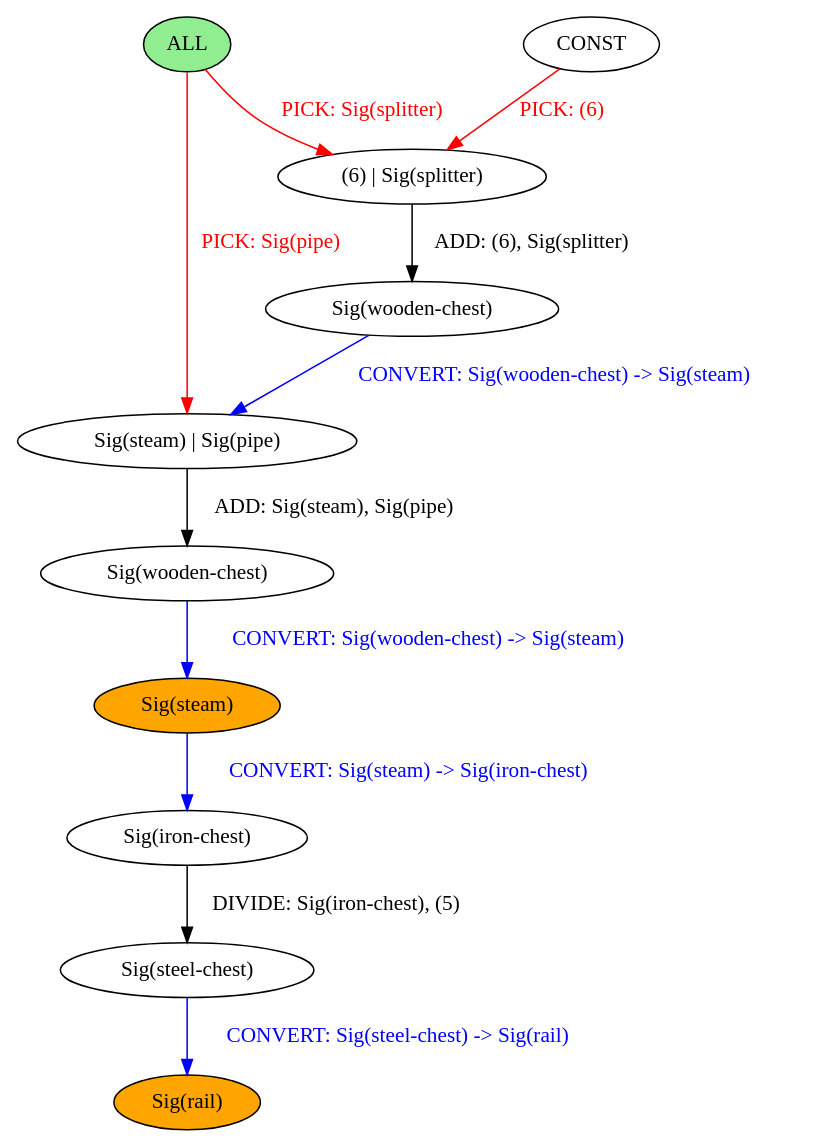
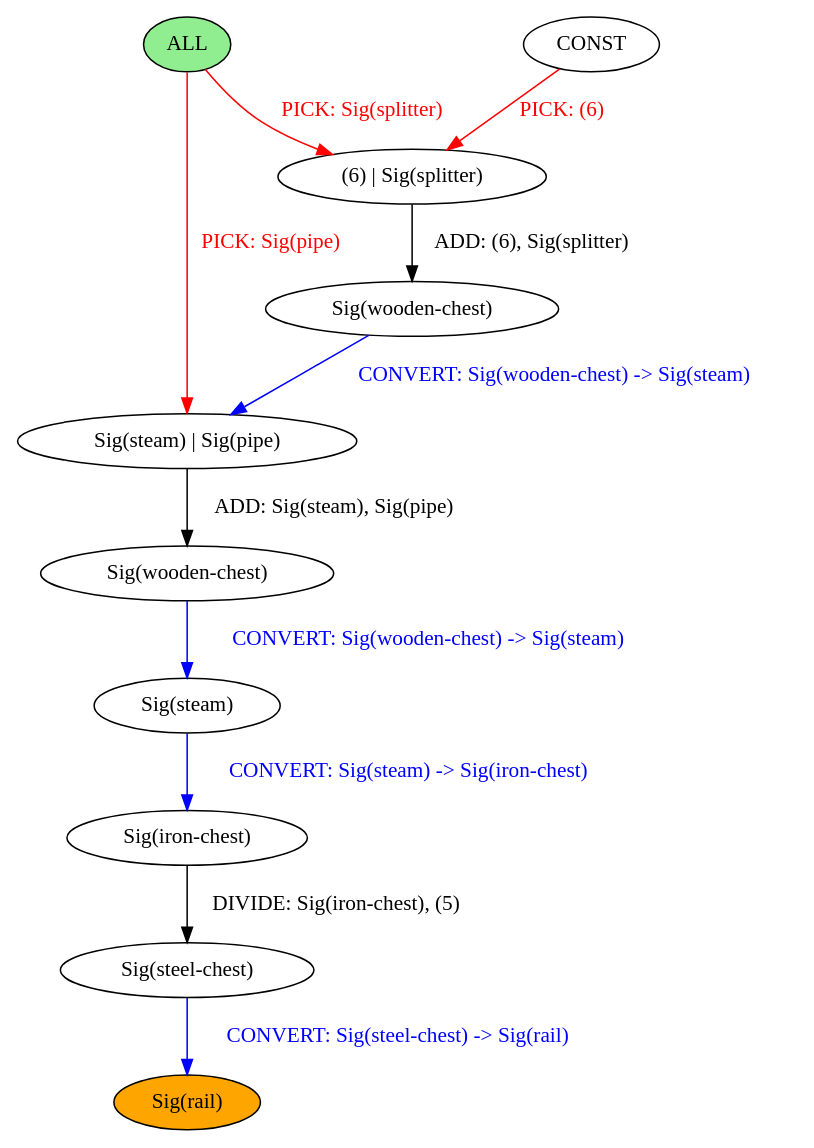
The diagram in chef-lang/examples/link_block.output.dot (BalderHolst/chef), drawn with Graphviz before and after one commit. The commit also changed 7 other files, not shown here.

Commit message:
No output nodes in stitched in graphs anymore

```diff
--- a/chef-lang/examples/link_block.output.dot
+++ b/chef-lang/examples/link_block.output.dot
@@ -1,23 +1,23 @@
 strict digraph {
 	nodesep=1
 	7	[style=filled fillcolor=white label="Sig(wooden-chest)"]
 	6	[style=filled fillcolor=white label="CONST"]
 	0	[style=filled fillcolor=lightgreen label="ALL"]
 	13	[style=filled fillcolor=white label="Sig(steam) | Sig(pipe)"]
 	12	[style=filled fillcolor=white label="Sig(wooden-chest)"]
-	9	[style=filled fillcolor=orange label="Sig(steam)"]
+	9	[style=filled fillcolor=white label="Sig(steam)"]
 	8	[style=filled fillcolor=white label="(6) | Sig(splitter)"]
 	17	[style=filled fillcolor=white label="Sig(steel-chest)"]
 	16	[style=filled fillcolor=white label="Sig(iron-chest)"]
 	18	[style=filled fillcolor=orange label="Sig(rail)"]
 	7 -> 13	[label="CONVERT: Sig(wooden-chest) -> Sig(steam)" color=blue fontcolor=blue]
 	6 -> 8	[label="PICK: (6)" color=red fontcolor=red]
 	0 -> 13	[label="PICK: Sig(pipe)" color=red fontcolor=red]
 	0 -> 8	[label="PICK: Sig(splitter)" color=red fontcolor=red]
 	13 -> 12	[label="ADD: Sig(steam), Sig(pipe)" color=black fontcolor=black]
 	12 -> 9	[label="CONVERT: Sig(wooden-chest) -> Sig(steam)" color=blue fontcolor=blue]
 	9 -> 16	[label="CONVERT: Sig(steam) -> Sig(iron-chest)" color=blue fontcolor=blue]
 	8 -> 7	[label="ADD: (6), Sig(splitter)" color=black fontcolor=black]
 	17 -> 18	[label="CONVERT: Sig(steel-chest) -> Sig(rail)" color=blue fontcolor=blue]
 	16 -> 17	[label="DIVIDE: Sig(iron-chest), (5)" color=black fontcolor=black]
 }
```
